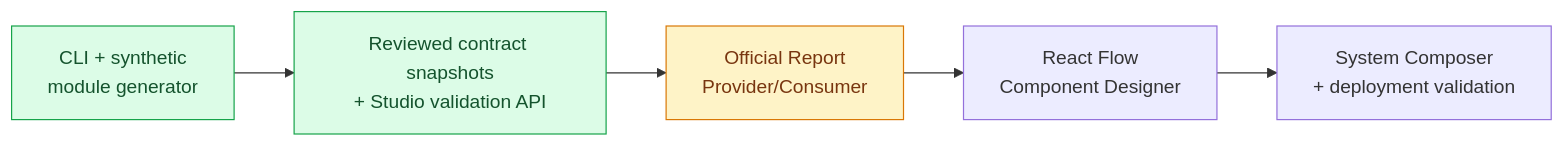
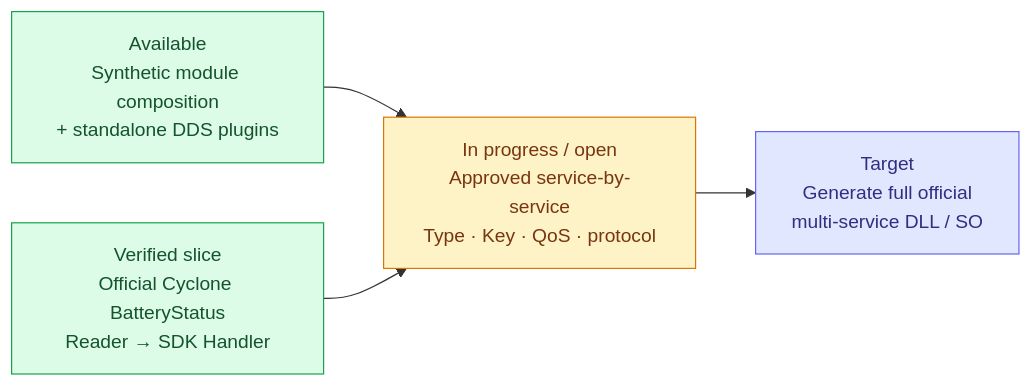
The third of 3 diagrams in README.md (rydolabs/umaa-kit), drawn with Mermaid before and after one commit. The commit also changed other lines of this file, not shown here.

Commit message:
docs(readme): lead with service-to-type/topic/pattern-to-one-DLL architecture diagrams and concise truthful capability proof

````diff
--- a/README.md
+++ b/README.md
@@ -315,10 +144,17 @@
 ```mermaid
 flowchart LR
-    A["CLI + synthetic<br/>module generator"] --> B["Reviewed contract snapshots<br/>+ Studio validation API"]
-    B --> C["Official Report<br/>Provider/Consumer"]
-    C --> D["React Flow<br/>Component Designer"]
-    D --> E["System Composer<br/>+ deployment validation"]
-    style A fill:#dcfce7,color:#14532d,stroke:#16a34a
-    style B fill:#dcfce7,color:#14532d,stroke:#16a34a
-    style C fill:#fef3c7,color:#78350f,stroke:#d97706
+    DONE["Available<br/>Synthetic module composition<br/>+ standalone DDS plugins"]
+    BAT["Verified slice<br/>Official Cyclone BatteryStatus<br/>Reader → SDK Handler"]
+    NEXT["In progress / open<br/>Approved service-by-service<br/>Type · Key · QoS · protocol"]
+    GOAL["Target<br/>Generate full official<br/>multi-service DLL / SO"]
+
+    DONE --> NEXT
+    BAT --> NEXT --> GOAL
+
+    classDef built fill:#dcfce7,stroke:#16a34a,color:#14532d
+    classDef review fill:#fef3c7,stroke:#d97706,color:#78350f
+    classDef target fill:#e0e7ff,stroke:#6366f1,color:#312e81
+    class DONE,BAT built
+    class NEXT review
+    class GOAL target
 ```
````
